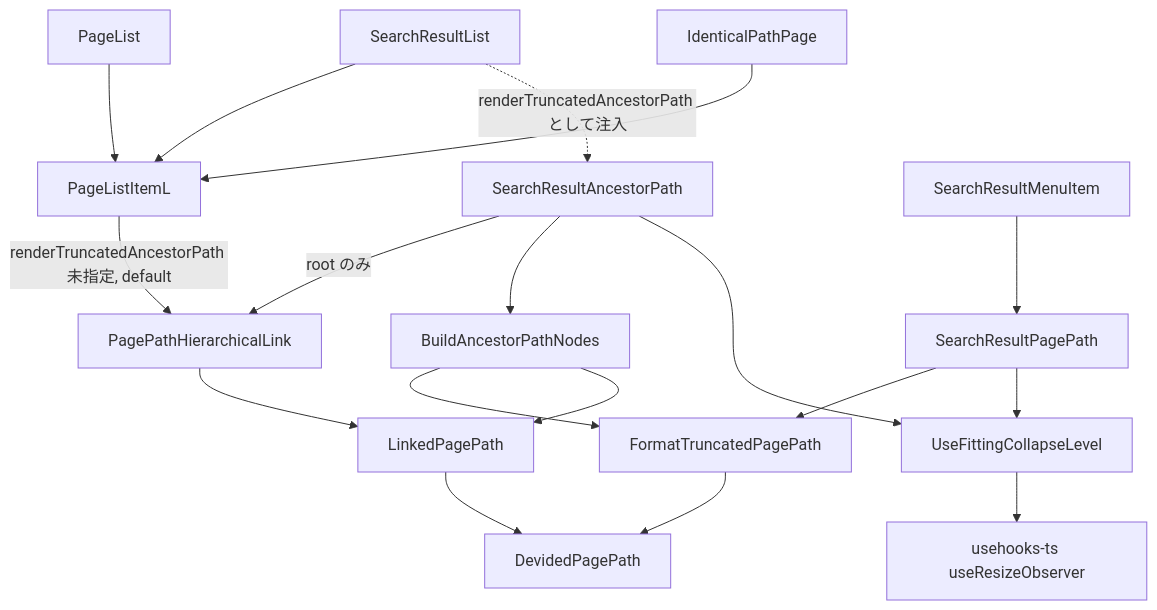
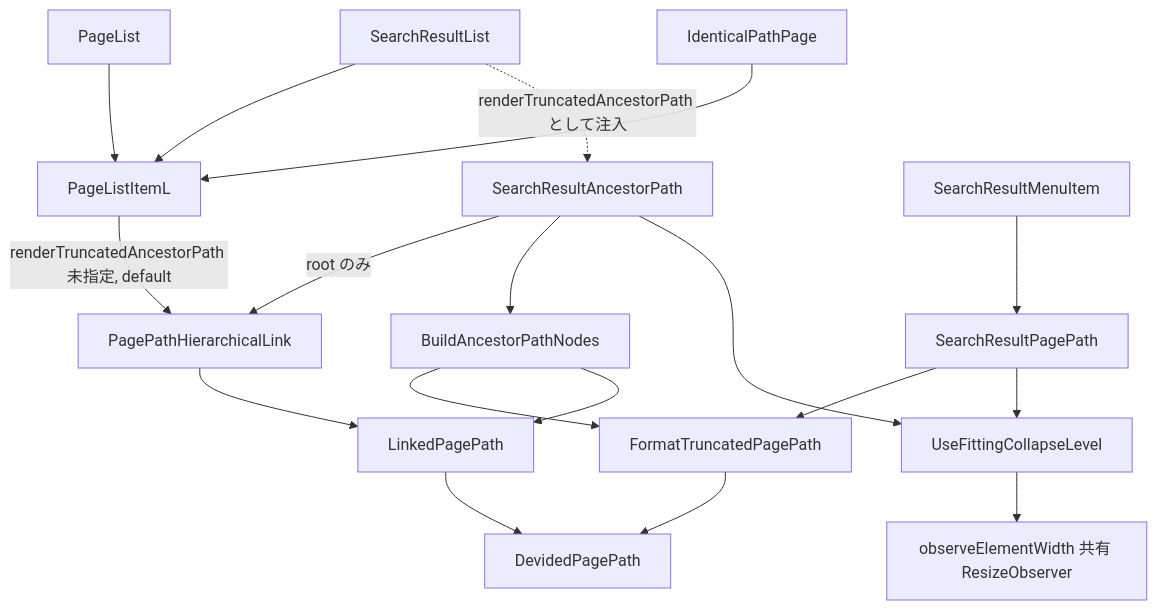
Before and after one commit to growilabs/growi: the first of 3 diagrams in .kiro/specs/page-path-truncation/design.md, drawn with Mermaid. The commit also changed other lines of this file and 1 other file, not shown here.

````diff
--- a/.kiro/specs/page-path-truncation/design.md
+++ b/.kiro/specs/page-path-truncation/design.md
@@ -75,24 +76,24 @@
 ```mermaid
 graph TB
     SearchResultList --> PageListItemL
     PageList --> PageListItemL
     IdenticalPathPage --> PageListItemL
 
     PageListItemL -->|renderTruncatedAncestorPath 未指定, default| PagePathHierarchicalLink
     SearchResultList -.->|renderTruncatedAncestorPath として注入| SearchResultAncestorPath
     SearchResultAncestorPath -->|root のみ| PagePathHierarchicalLink
 
     SearchResultAncestorPath --> BuildAncestorPathNodes
     BuildAncestorPathNodes --> FormatTruncatedPagePath
     BuildAncestorPathNodes --> LinkedPagePath
     PagePathHierarchicalLink --> LinkedPagePath
 
     FormatTruncatedPagePath --> DevidedPagePath
     LinkedPagePath --> DevidedPagePath
 
     SearchResultMenuItem --> SearchResultPagePath
     SearchResultPagePath --> FormatTruncatedPagePath
     SearchResultPagePath --> UseFittingCollapseLevel
     SearchResultAncestorPath --> UseFittingCollapseLevel
-    UseFittingCollapseLevel --> UseResizeObserver[usehooks-ts useResizeObserver]
+    UseFittingCollapseLevel --> SharedResizeObserver[observeElementWidth 共有 ResizeObserver]
 ```
````
